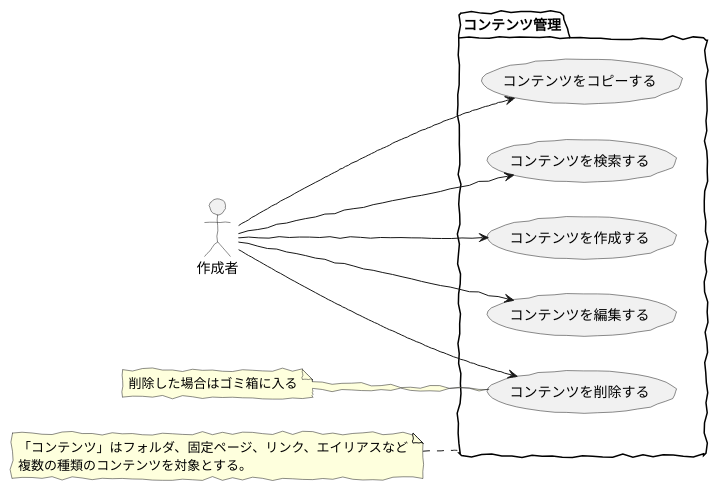
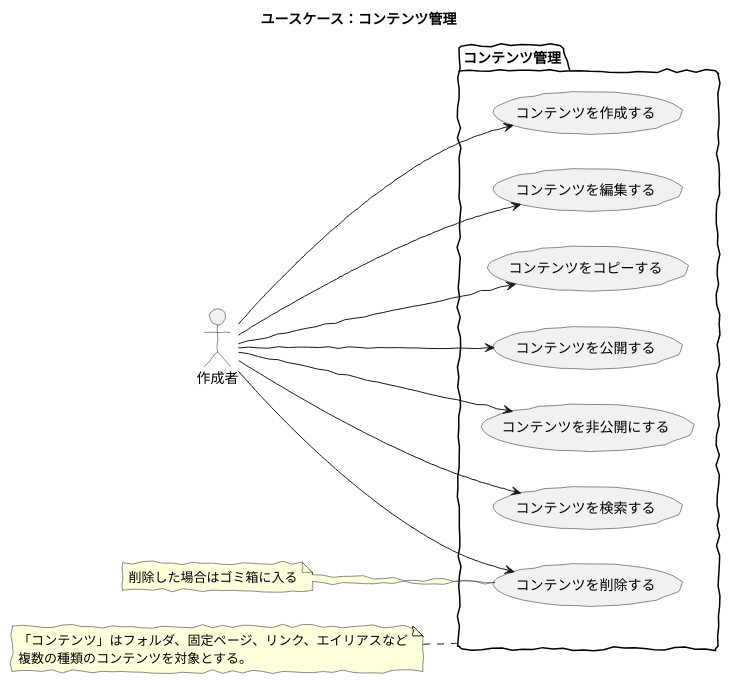
The diagram in src/puml/5/ucmitz/use_case/contents.puml (baserproject/baserproject.github.io), drawn with PlantUML before and after one commit. The commit also changed 14 other files, not shown here.

```diff
--- a/src/puml/5/ucmitz/use_case/contents.puml
+++ b/src/puml/5/ucmitz/use_case/contents.puml
@@ -1,20 +1,29 @@
 @startuml
 skinparam handwritten true
 
+title ユースケース：コンテンツ管理
+
 actor 作成者
+
 package コンテンツ管理 {
 	left to right direction
 	作成者 --> (コンテンツを検索する)
 	作成者 --> (コンテンツを作成する)
 	作成者 --> (コンテンツを編集する)
 	作成者 --> (コンテンツを削除する)
 	作成者 --> (コンテンツをコピーする)
+	作成者 --> (コンテンツを公開する)
+	作成者 --> (コンテンツを非公開にする)
 }
+
 note left of コンテンツ管理
 「コンテンツ」はフォルダ、固定ページ、リンク、エイリアスなど
 複数の種類のコンテンツを対象とする。
 endnote
+
 note left of (コンテンツを削除する)
 削除した場合はゴミ箱に入る
 endnote
+
+
 @enduml
```
